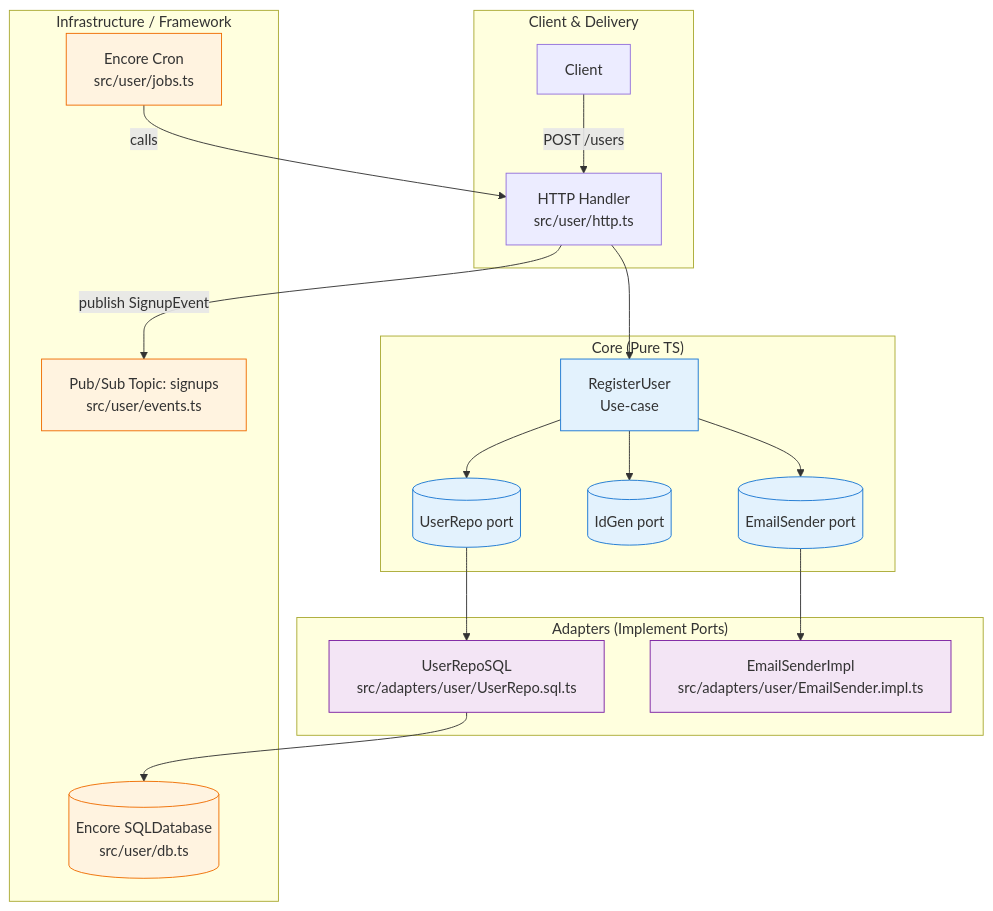
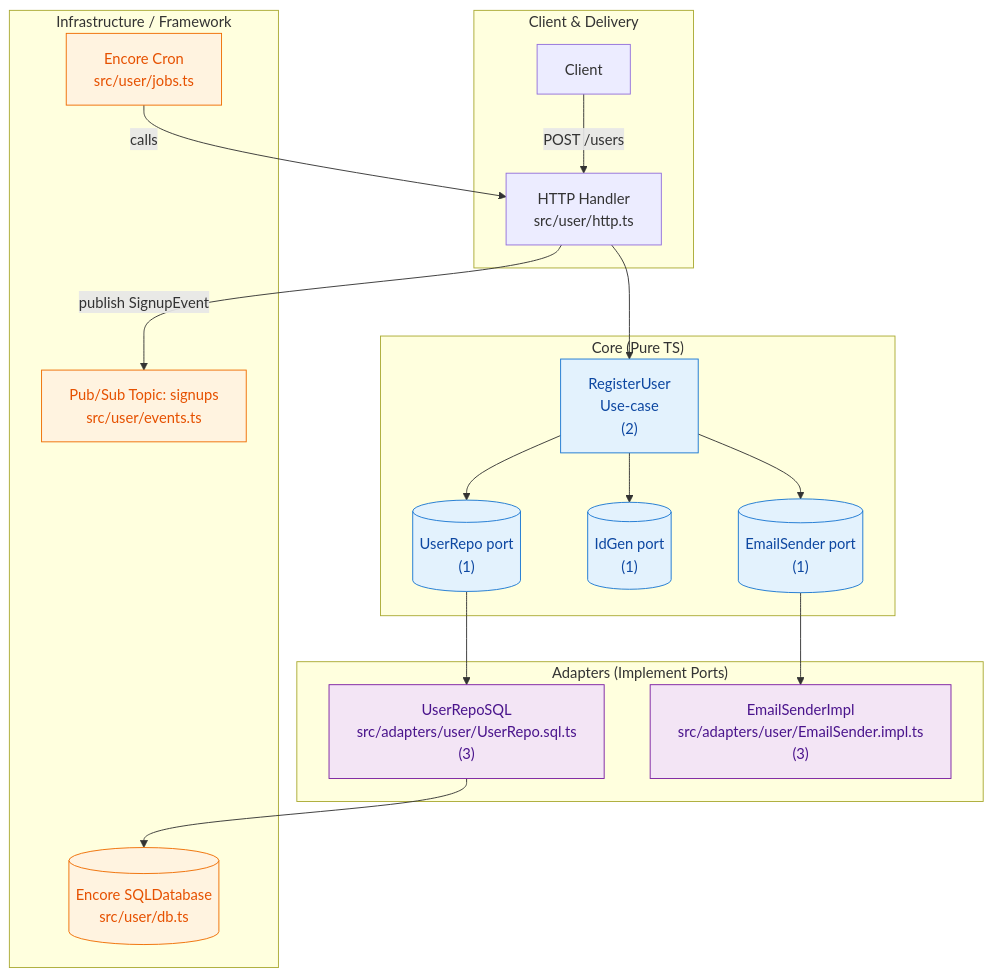
One commit to luxeave/clean-pattern changed the first of 2 diagrams in PATTERN.md. Above: the diagram before and after it, drawn with Mermaid.

Commit message:
adjust color and implementation sequence labels

````diff
--- a/PATTERN.md
+++ b/PATTERN.md
@@ -16,43 +16,43 @@
 ```mermaid
 graph TD
   subgraph "Client & Delivery"
     C[Client]
     H["HTTP Handler<br/>src/user/http.ts"]
   end
 
   subgraph "Core (Pure TS)"
-    UC["RegisterUser<br/>Use-case"]
-    PortRepo[("UserRepo port")]
-    PortId[("IdGen port")]
-    PortMail[("EmailSender port")]
+    UC["RegisterUser<br/>Use-case<br/>(2)"]
+    PortRepo[("UserRepo port<br/>(1)")]
+    PortId[("IdGen port<br/>(1)")]
+    PortMail[("EmailSender port<br/>(1)")]
   end
 
   subgraph "Adapters (Implement Ports)"
-    AR["UserRepoSQL<br/>src/adapters/user/UserRepo.sql.ts"]
-    AM["EmailSenderImpl<br/>src/adapters/user/EmailSender.impl.ts"]
+    AR["UserRepoSQL<br/>src/adapters/user/UserRepo.sql.ts<br/>(3)"]
+    AM["EmailSenderImpl<br/>src/adapters/user/EmailSender.impl.ts<br/>(3)"]
   end
 
   subgraph "Infrastructure / Framework"
     DB[("Encore SQLDatabase<br/>src/user/db.ts")]
     PS["Pub/Sub Topic: signups<br/>src/user/events.ts"]
     Cron["Encore Cron<br/>src/user/jobs.ts"]
   end
 
   C -->|"POST /users"| H
   H --> UC
   UC --> PortRepo
   UC --> PortId
   UC --> PortMail
   PortRepo --> AR
   AR --> DB
   PortMail --> AM
   H -->|"publish SignupEvent"| PS
   Cron -->|"calls"| H
 
-  classDef core fill:#e3f2fd,stroke:#1976d2
-  classDef adapter fill:#f3e5f5,stroke:#7b1fa2
-  classDef infra fill:#fff3e0,stroke:#ef6c00
+  classDef core fill:#e3f2fd,stroke:#1976d2,color:#0d47a1
+  classDef adapter fill:#f3e5f5,stroke:#7b1fa2,color:#4a148c
+  classDef infra fill:#fff3e0,stroke:#ef6c00,color:#e65100
   class UC,PortRepo,PortId,PortMail core
   class AR,AM adapter
   class DB,PS,Cron infra
 ```
````
